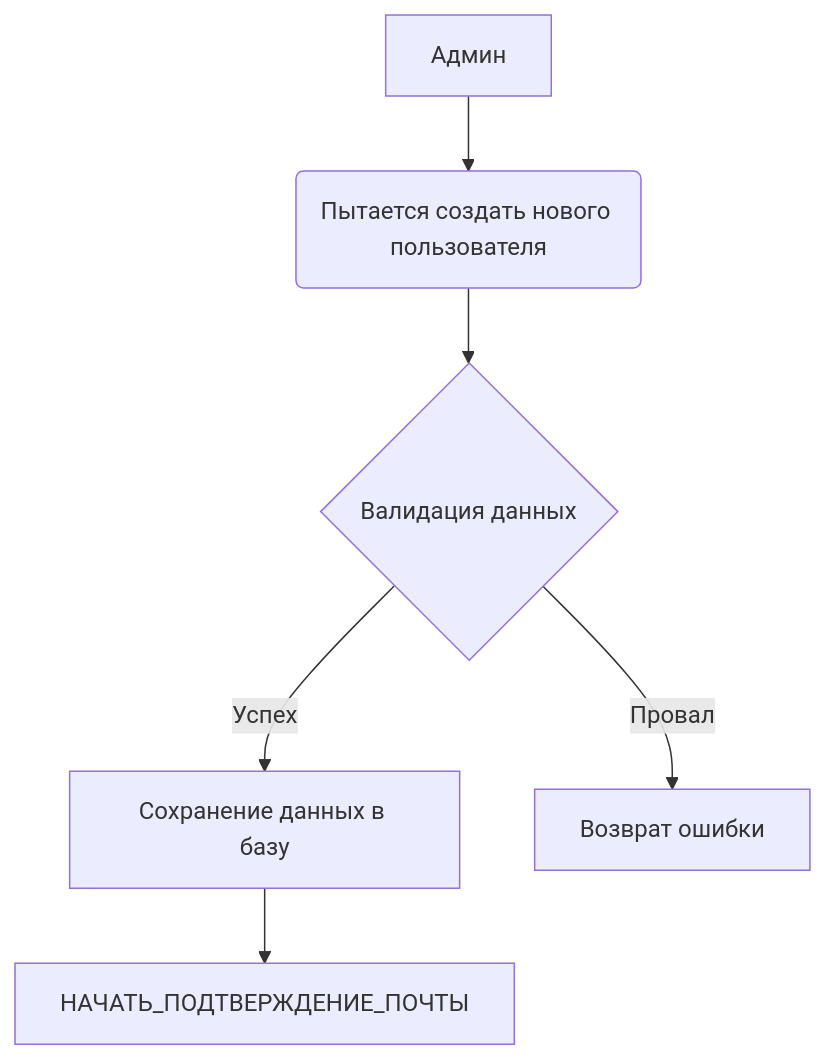
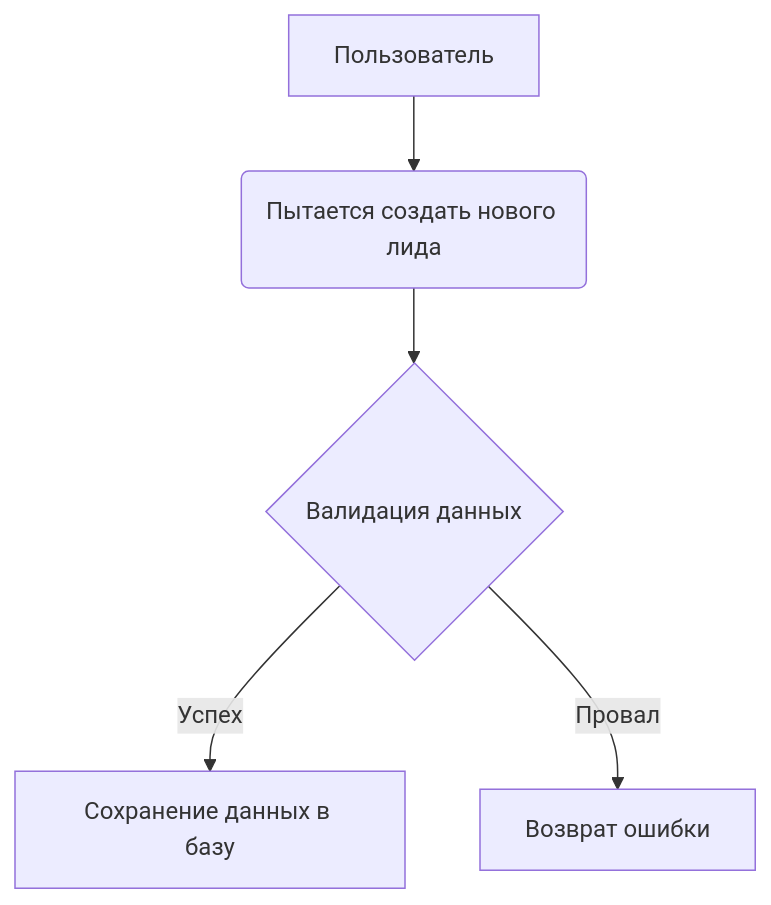
Before and after one commit to roma2341/spring-kotlin-clean-architecture: the diagram in Doc/Usecase/lead/create_lead/create_lead_ru.md, drawn with Mermaid. The commit also changed other lines of this file, not shown here.

````diff
--- a/Doc/Usecase/lead/create_lead/create_lead_ru.md
+++ b/Doc/Usecase/lead/create_lead/create_lead_ru.md
@@ -26,8 +24,6 @@
 ```mermaid
 graph TB
-    A[Админ] --> A1(Пытается создать нового пользователя) --> B{Валидация данных}
+    A[Пользователь] --> A1(Пытается создать нового лида) --> B{Валидация данных}
     B -- Успех --> C[Сохранение данных в базу]
     B -- Провал --> Y[Возврат ошибки]
-    C --> D[НАЧАТЬ_ПОДТВЕРЖДЕНИЕ_ПОЧТЫ]
-
 ```
````
